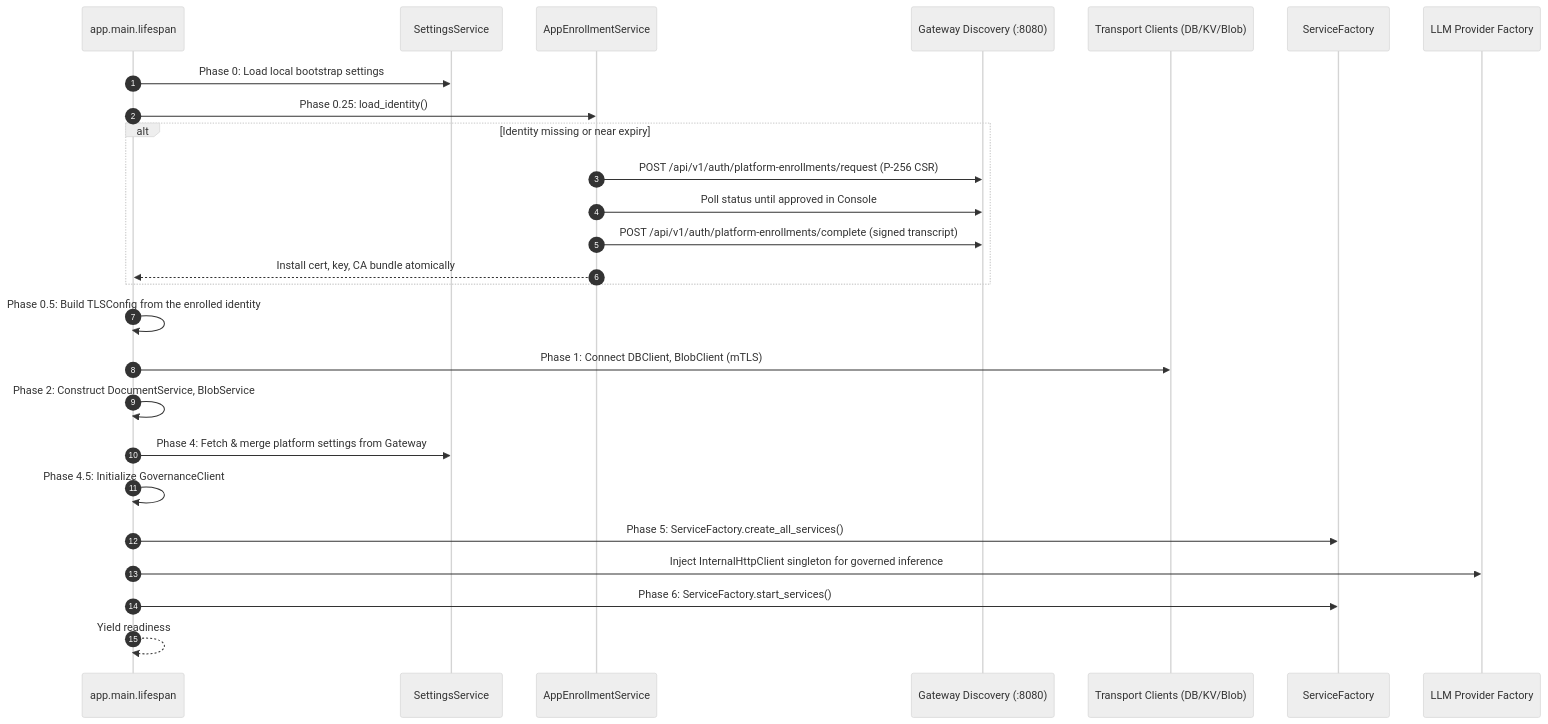
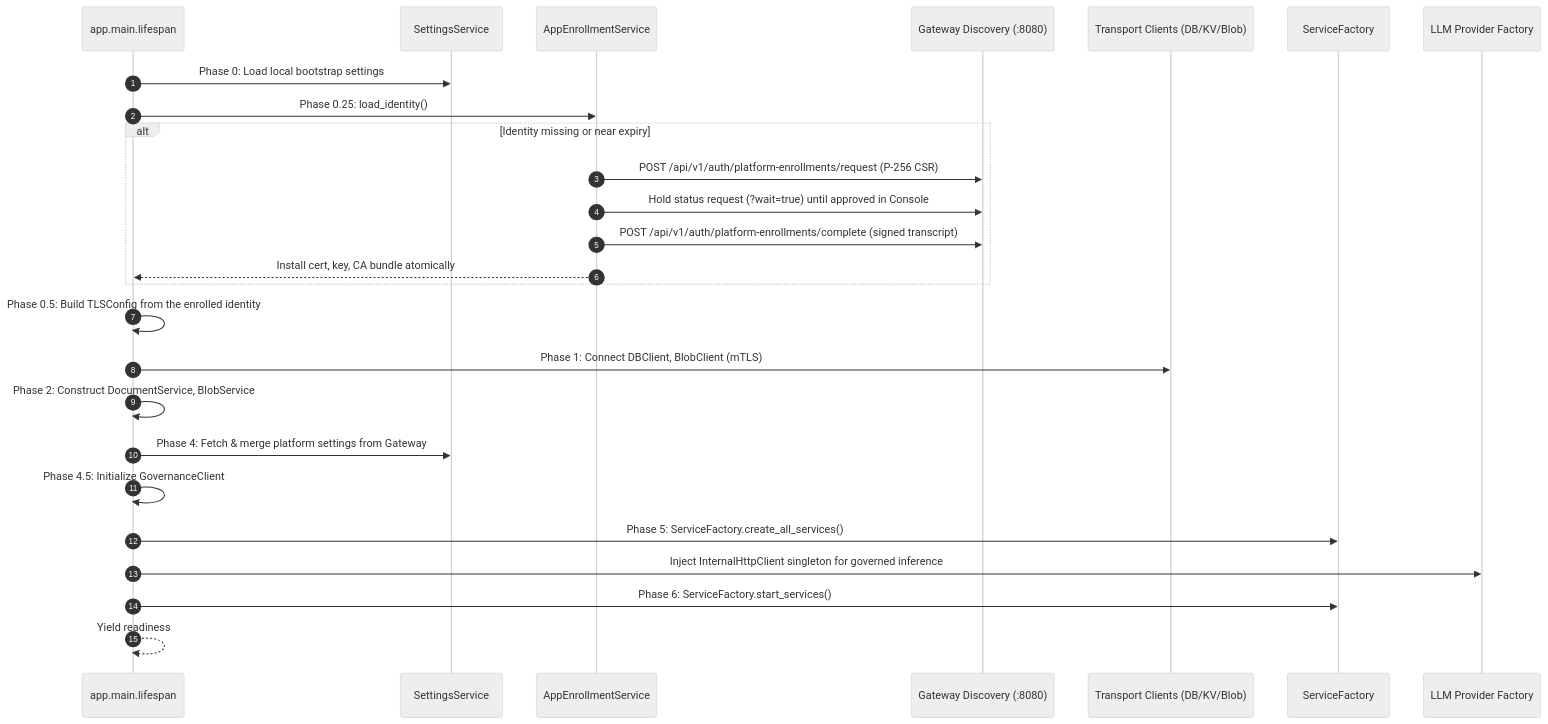
The first of 6 diagrams in docs/architecture/ensemble.md (g8e-ai/g8e), drawn with Mermaid (neutral theme) before and after one commit. The commit also changed other lines of this file and 4 other files, not shown here.

````diff
--- a/docs/architecture/ensemble.md
+++ b/docs/architecture/ensemble.md
@@ -188,29 +188,29 @@
 ```mermaid
 sequenceDiagram
     autonumber
     participant Main as app.main.lifespan
     participant Settings as SettingsService
     participant Enroll as AppEnrollmentService
     participant GW as Gateway Discovery (:8080)
     participant Clients as Transport Clients (DB/KV/Blob)
     participant Factory as ServiceFactory
     participant LLM as LLM Provider Factory
 
     Main->>Settings: Phase 0: Load local bootstrap settings
     Main->>Enroll: Phase 0.25: load_identity()
     alt Identity missing or near expiry
         Enroll->>GW: POST /api/v1/auth/platform-enrollments/request (P-256 CSR)
-        Enroll->>GW: Poll status until approved in Console
+        Enroll->>GW: Hold status request (?wait=true) until approved in Console
         Enroll->>GW: POST /api/v1/auth/platform-enrollments/complete (signed transcript)
         Enroll-->>Main: Install cert, key, CA bundle atomically
     end
     Main->>Main: Phase 0.5: Build TLSConfig from the enrolled identity
     Main->>Clients: Phase 1: Connect DBClient, BlobClient (mTLS)
     Main->>Main: Phase 2: Construct DocumentService, BlobService
     Main->>Settings: Phase 4: Fetch & merge platform settings from Gateway
     Main->>Main: Phase 4.5: Initialize GovernanceClient
     Main->>Factory: Phase 5: ServiceFactory.create_all_services()
     Main->>LLM: Inject InternalHttpClient singleton for governed inference
     Main->>Factory: Phase 6: ServiceFactory.start_services()
     Main-->>Main: Yield readiness
 ```
````
